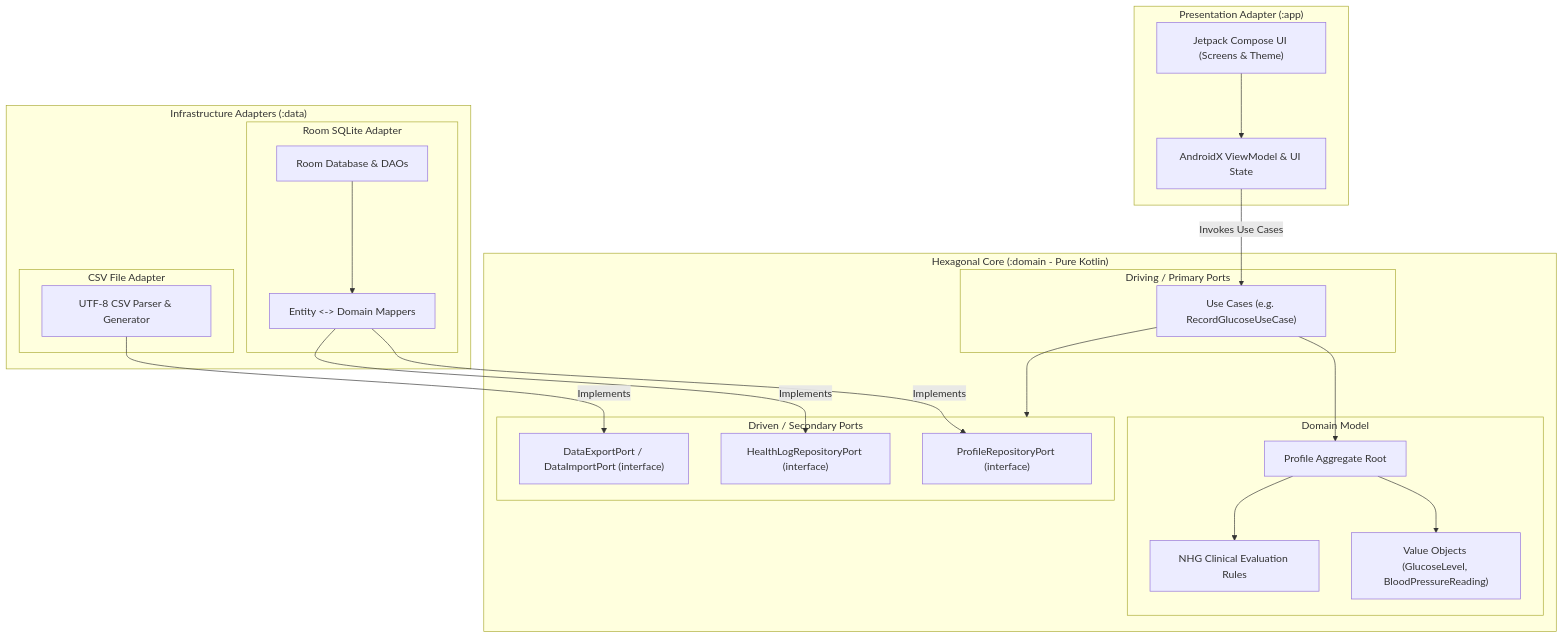
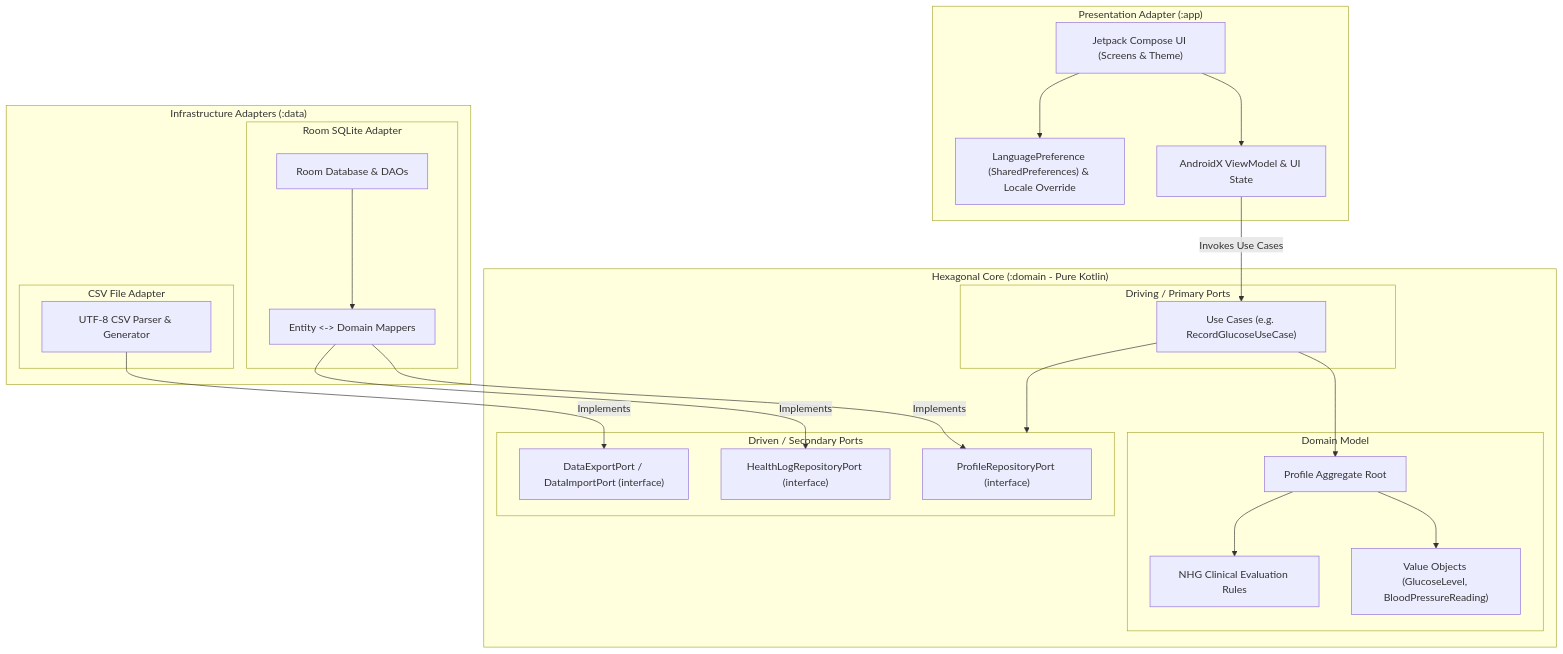
One commit to mannetje/health_journal changed the diagram in README.md. Above: the diagram before and after it, drawn with Mermaid. The commit also changed other lines of this file and 9 other files, not shown here.

First line of the commit message:
feat(i18n): add Dutch/English localization with Profile language override

````diff
--- a/README.md
+++ b/README.md
@@ -46,48 +47,50 @@
 ```mermaid
 flowchart TD
     subgraph Presentation["Presentation Adapter (:app)"]
         UI["Jetpack Compose UI (Screens & Theme)"]
         VM["AndroidX ViewModel & UI State"]
+        LANG["LanguagePreference (SharedPreferences) & Locale Override"]
         UI --> VM
+        UI --> LANG
     end
 
     subgraph Domain["Hexagonal Core (:domain - Pure Kotlin)"]
         subgraph PrimaryPorts["Driving / Primary Ports"]
             UC["Use Cases (e.g. RecordGlucoseUseCase)"]
         end
 
         subgraph DomainModel["Domain Model"]
             AR["Profile Aggregate Root"]
             VO["Value Objects (GlucoseLevel, BloodPressureReading)"]
             NHG["NHG Clinical Evaluation Rules"]
             AR --> VO
             AR --> NHG
         end
 
         subgraph SecondaryPorts["Driven / Secondary Ports"]
             PRP["ProfileRepositoryPort (interface)"]
             HLP["HealthLogRepositoryPort (interface)"]
             DEP["DataExportPort / DataImportPort (interface)"]
         end
 
         UC --> AR
         UC --> SecondaryPorts
     end
 
     subgraph Infrastructure["Infrastructure Adapters (:data)"]
         subgraph Persistence["Room SQLite Adapter"]
             DB["Room Database & DAOs"]
             Mappers["Entity <-> Domain Mappers"]
             DB --> Mappers
         end
 
         subgraph CSV["CSV File Adapter"]
             Parser["UTF-8 CSV Parser & Generator"]
         end
     end
 
     VM -->|"Invokes Use Cases"| UC
     Mappers -->|"Implements"| PRP
     Mappers -->|"Implements"| HLP
     Parser -->|"Implements"| DEP
 ```
````
